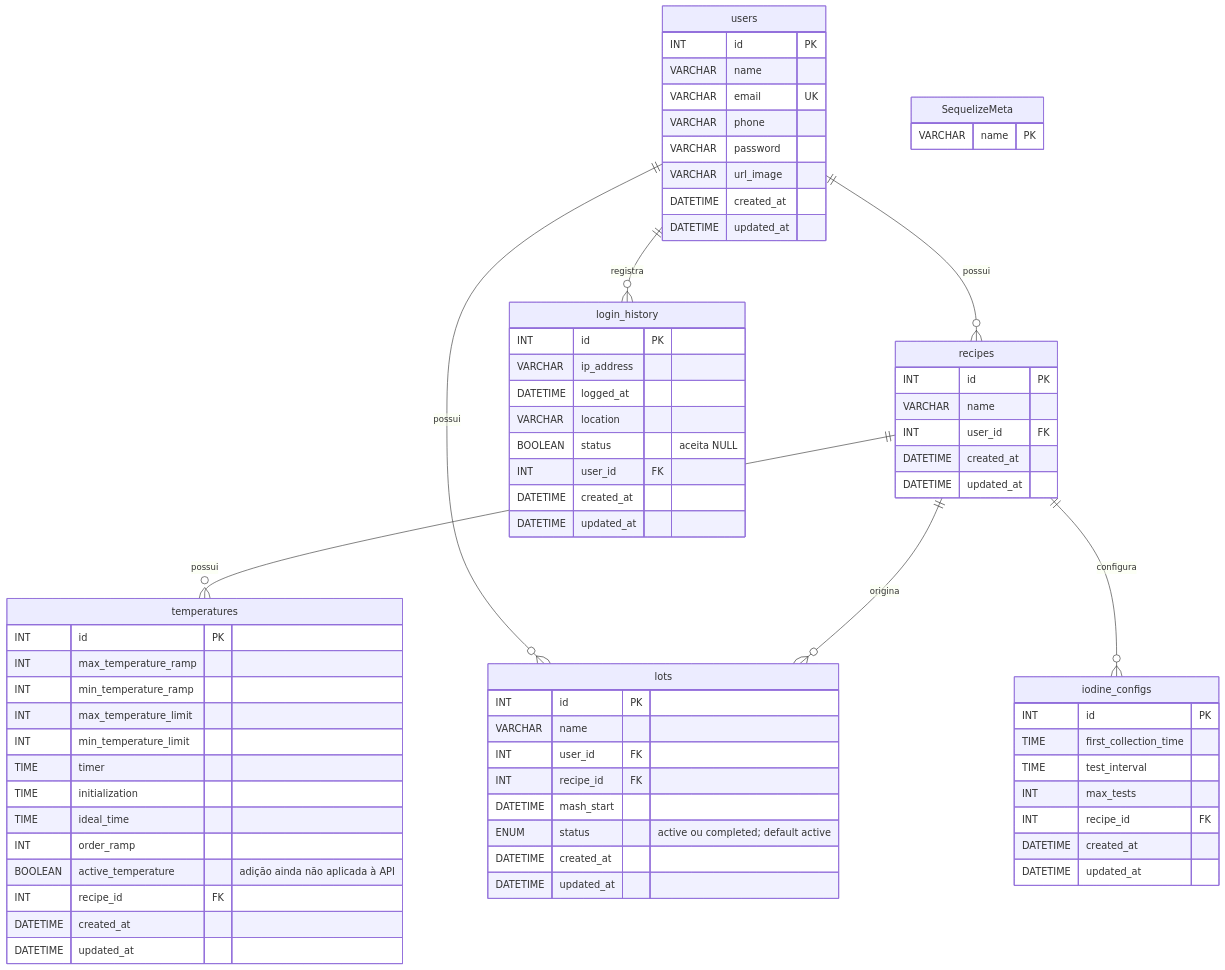
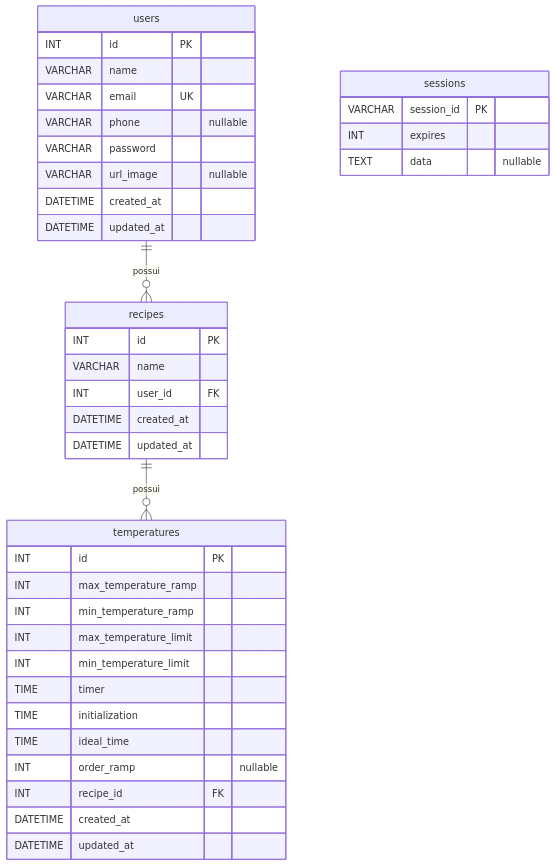
The diagram in database/diagrama_mer_mash.mmd (conloq/documentation), drawn with Mermaid before and after one commit. The commit also changed 13 other files, not shown here.

```diff
--- a/database/diagrama_mer_mash.mmd
+++ b/database/diagrama_mer_mash.mmd
@@ -1,72 +1,44 @@
+%% Atualizado em 25/10/2026 com base nas migrations da main de conloq/Back-End (9007fe6).
+%% Somente as tabelas implementadas aparecem neste MER.
+%% A tabela sessions e o armazenamento de sessao da aplicacao: nao tem chave estrangeira
+%% e nao e entidade de negocio, mas entra no desenho para que o MER corresponda ao schema aplicado.
 erDiagram
     users ||--o{ recipes : possui
     recipes ||--o{ temperatures : possui
-    users ||--o{ lots : possui
-    recipes ||--o{ lots : origina
-    recipes ||--o{ iodine_configs : configura
-    users ||--o{ login_history : registra
 
     users {
         INT id PK
         VARCHAR name
         VARCHAR email UK
-        VARCHAR phone
+        VARCHAR phone "nullable"
         VARCHAR password
-        VARCHAR url_image
+        VARCHAR url_image "nullable"
         DATETIME created_at
         DATETIME updated_at
     }
     recipes {
         INT id PK
         VARCHAR name
         INT user_id FK
         DATETIME created_at
         DATETIME updated_at
     }
     temperatures {
         INT id PK
         INT max_temperature_ramp
         INT min_temperature_ramp
         INT max_temperature_limit
         INT min_temperature_limit
         TIME timer
         TIME initialization
         TIME ideal_time
-        INT order_ramp
-        BOOLEAN active_temperature "adição ainda não aplicada à API"
+        INT order_ramp "nullable"
         INT recipe_id FK
         DATETIME created_at
         DATETIME updated_at
     }
-    SequelizeMeta {
-        VARCHAR name PK
+    sessions {
+        VARCHAR session_id PK
+        INT expires
+        TEXT data "nullable"
     }
-    lots {
-        INT id PK
-        VARCHAR name
-        INT user_id FK
-        INT recipe_id FK
-        DATETIME mash_start
-        ENUM status "active ou completed; default active"
-        DATETIME created_at
-        DATETIME updated_at
-    }
-    iodine_configs {
-        INT id PK
-        TIME first_collection_time
-        TIME test_interval
-        INT max_tests
-        INT recipe_id FK
-        DATETIME created_at
-        DATETIME updated_at
-    }
-    login_history {
-        INT id PK
-        VARCHAR ip_address
-        DATETIME logged_at
-        VARCHAR location
-        BOOLEAN status "aceita NULL"
-        INT user_id FK
-        DATETIME created_at
-        DATETIME updated_at
-    }
```
